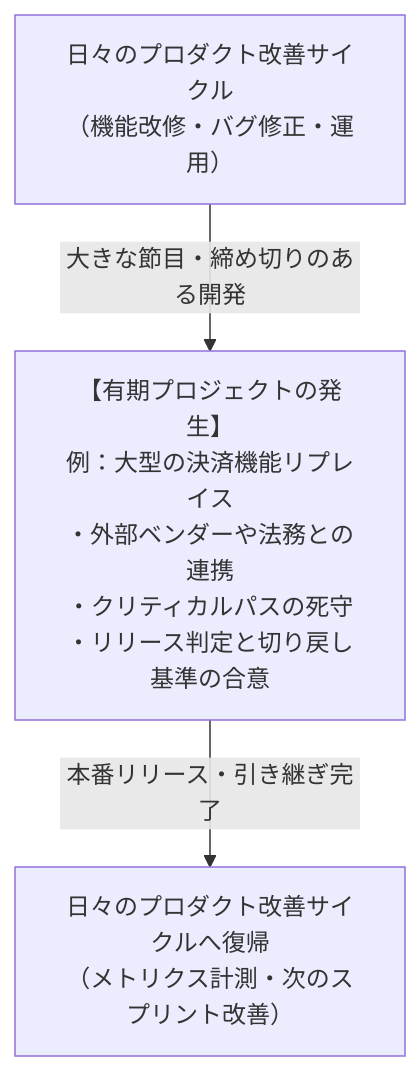
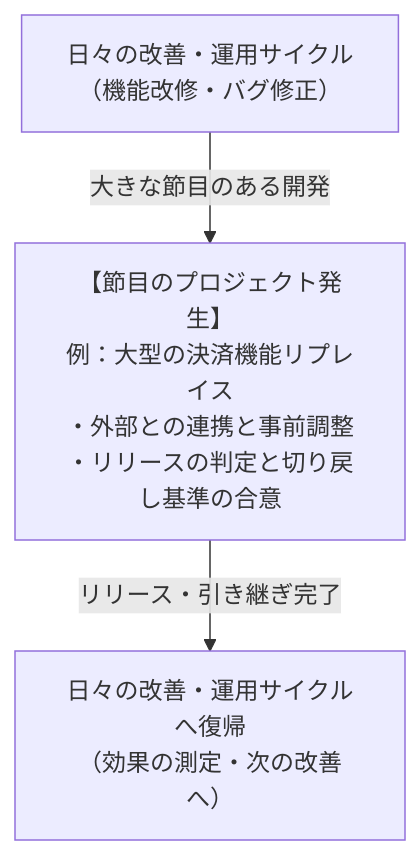
Before and after one commit to MasuqaT-NET/Zenn-contents: the diagram in books/project-management-as-dandori/4.two-types.md, drawn with Mermaid. The commit also changed other lines of this file and 7 other files, not shown here.

````diff
--- a/books/project-management-as-dandori/4.two-types.md
+++ b/books/project-management-as-dandori/4.two-types.md
@@ -53,9 +53,9 @@
 ```mermaid
 flowchart TD
-    continuous1["日々のプロダクト改善サイクル<br>（機能改修・バグ修正・運用）"]
-    project["【有期プロジェクトの発生】<br>例：大型の決済機能リプレイス<br>・外部ベンダーや法務との連携<br>・クリティカルパスの死守<br>・リリース判定と切り戻し基準の合意"]
-    continuous2["日々のプロダクト改善サイクルへ復帰<br>（メトリクス計測・次のスプリント改善）"]
+    continuous1["日々の改善・運用サイクル<br>（機能改修・バグ修正）"]
+    project["【節目のプロジェクト発生】<br>例：大型の決済機能リプレイス<br>・外部との連携と事前調整<br>・リリースの判定と切り戻し基準の合意"]
+    continuous2["日々の改善・運用サイクルへ復帰<br>（効果の測定・次の改善へ）"]
 
-    continuous1 -->|大きな節目・締め切りのある開発| project
-    project -->|本番リリース・引き継ぎ完了| continuous2
+    continuous1 -->|大きな節目のある開発| project
+    project -->|リリース・引き継ぎ完了| continuous2
 ```
````
